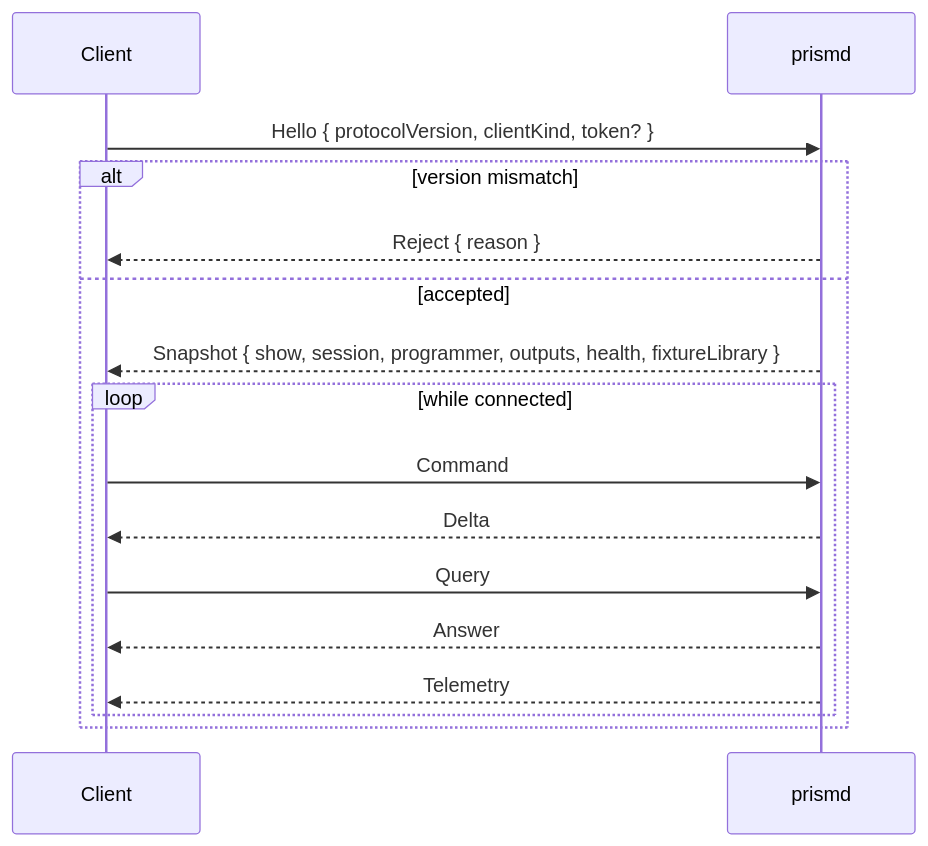
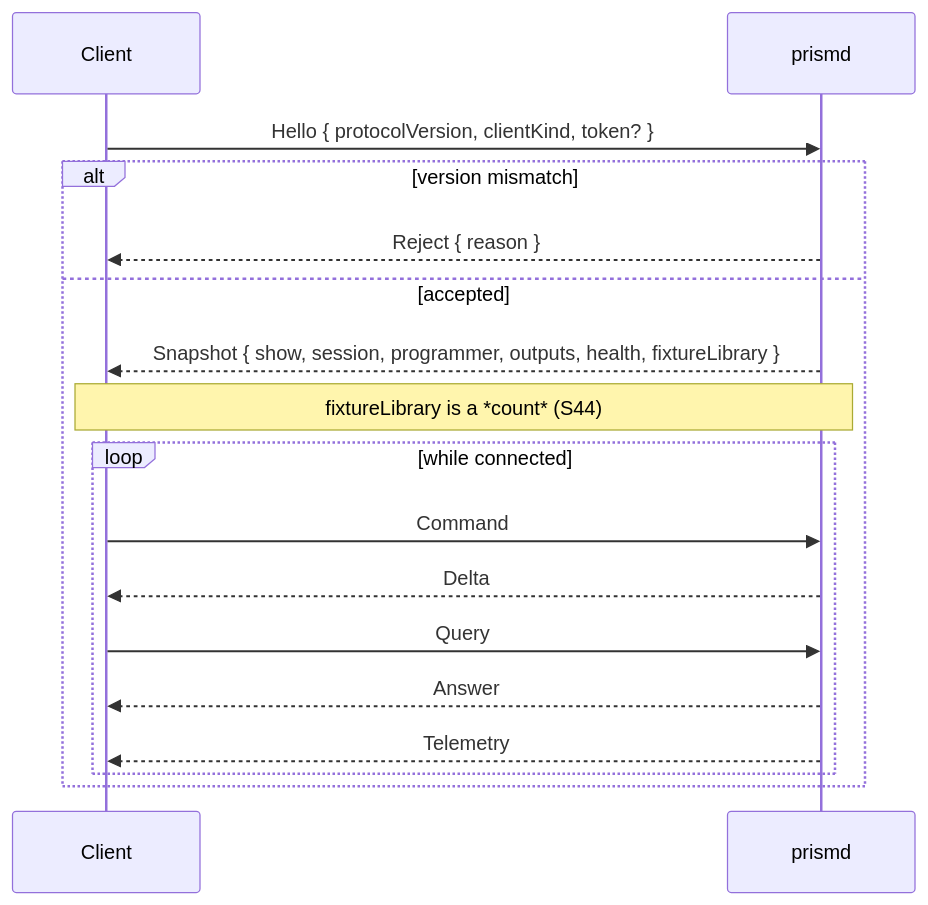
The diagram in docs/IPC_PROTOCOL.md (flakesystems/PrismDMX), drawn with Mermaid before and after one commit. The commit also changed other lines of this file and 49 other files, not shown here.

````diff
--- a/docs/IPC_PROTOCOL.md
+++ b/docs/IPC_PROTOCOL.md
@@ -77,18 +77,19 @@
 ```mermaid
 sequenceDiagram
     participant C as Client
     participant D as prismd
     C->>D: Hello { protocolVersion, clientKind, token? }
     alt version mismatch
         D-->>C: Reject { reason }
     else accepted
         D-->>C: Snapshot { show, session, programmer, outputs, health, fixtureLibrary }
+        Note over C,D: fixtureLibrary is a *count* (S44)
         loop while connected
             C->>D: Command
             D-->>C: Delta
             C->>D: Query
             D-->>C: Answer
             D-->>C: Telemetry
         end
     end
 ```
````
